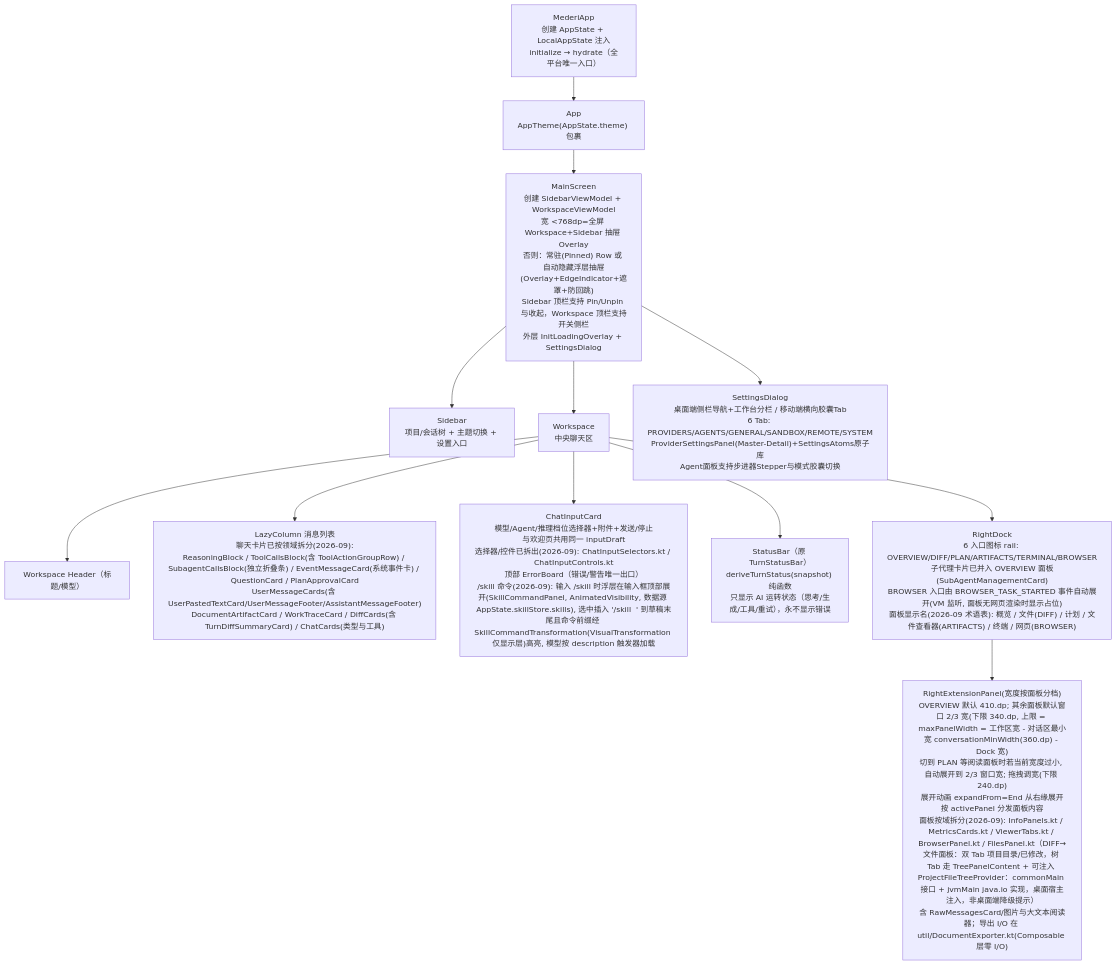
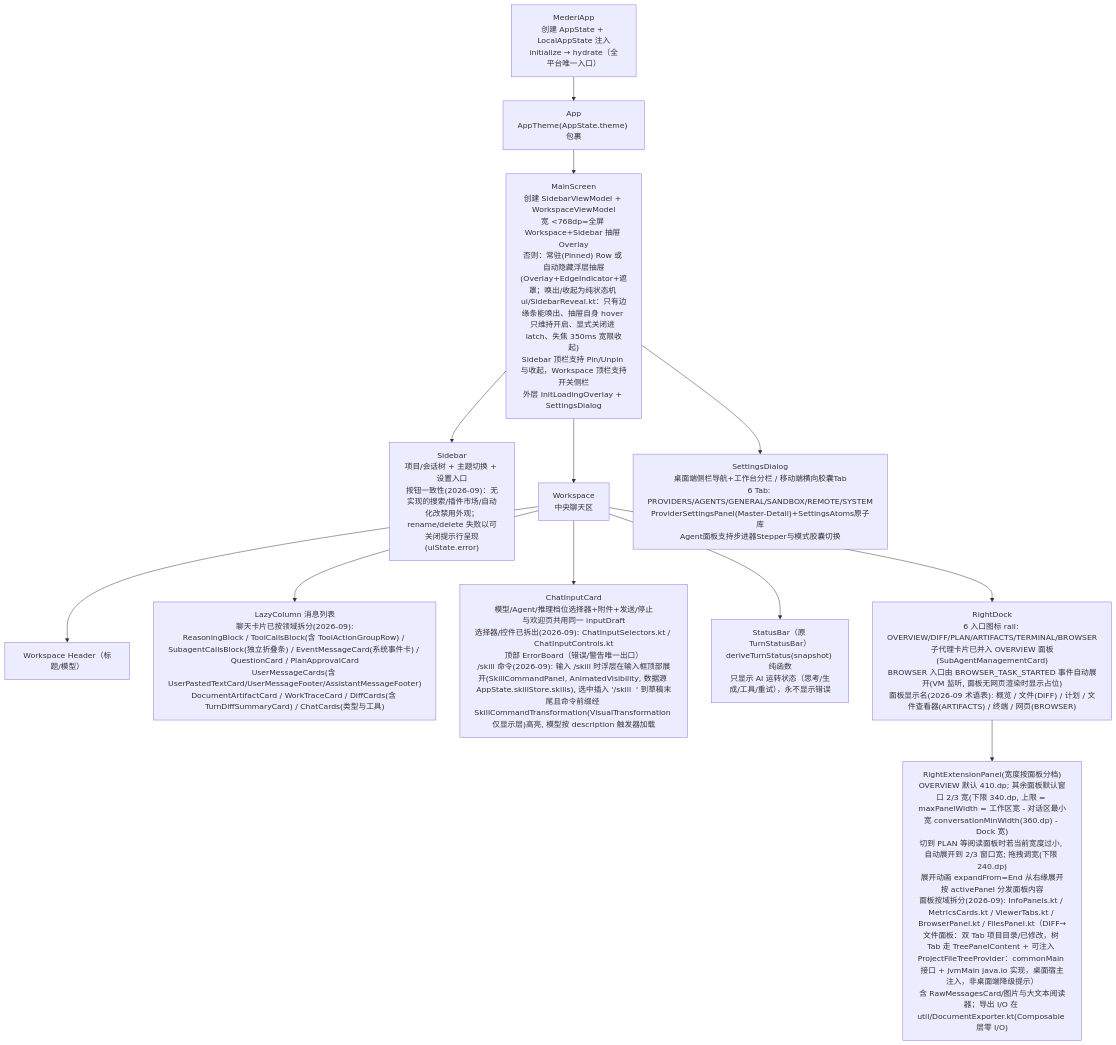
Before and after one commit to lzdev42/mederi: the third of 4 diagrams in docs/architecture/02-app-shared.md, drawn with Mermaid. The commit also changed other lines of this file and 7 other files, not shown here.

````diff
--- a/docs/architecture/02-app-shared.md
+++ b/docs/architecture/02-app-shared.md
@@ -420,24 +420,24 @@
 ```mermaid
 flowchart TD
     MA["MederiApp<br/>创建 AppState + LocalAppState 注入<br/>initialize → hydrate（全平台唯一入口）"]
     APP["App<br/>AppTheme(AppState.theme) 包裹"]
-    MS["MainScreen<br/>创建 SidebarViewModel + WorkspaceViewModel<br/>宽 <768dp=全屏 Workspace+Sidebar 抽屉 Overlay<br/>否则：常驻(Pinned) Row 或 自动隐藏浮层抽屉(Overlay+EdgeIndicator+遮罩+防回跳)<br/>Sidebar 顶栏支持 Pin/Unpin 与收起，Workspace 顶栏支持开关侧栏<br/>外层 InitLoadingOverlay + SettingsDialog"]
-    SB["Sidebar<br/>项目/会话树 + 主题切换 + 设置入口"]
+    MS["MainScreen<br/>创建 SidebarViewModel + WorkspaceViewModel<br/>宽 <768dp=全屏 Workspace+Sidebar 抽屉 Overlay<br/>否则：常驻(Pinned) Row 或 自动隐藏浮层抽屉(Overlay+EdgeIndicator+遮罩；唤出/收起为纯状态机 ui/SidebarReveal.kt：只有边缘条能唤出、抽屉自身 hover 只维持开启、显式关闭进 latch、失焦 350ms 宽限收起)<br/>Sidebar 顶栏支持 Pin/Unpin 与收起，Workspace 顶栏支持开关侧栏<br/>外层 InitLoadingOverlay + SettingsDialog"]
+    SB["Sidebar<br/>项目/会话树 + 主题切换 + 设置入口<br/>按钮一致性(2026-09)：无实现的搜索/插件市场/自动化改禁用外观；rename/delete 失败以可关闭提示行呈现(uiState.error)"]
     WS["Workspace<br/>中央聊天区"]
     HDR["Workspace Header（标题/模型）"]
     LIST["LazyColumn 消息列表<br/>聊天卡片已按领域拆分(2026-09):<br/>ReasoningBlock / ToolCallsBlock(含 ToolActionGroupRow) / SubagentCallsBlock(独立折叠条) / EventMessageCard(系统事件卡) / QuestionCard / PlanApprovalCard<br/>UserMessageCards(含 UserPastedTextCard/UserMessageFooter/AssistantMessageFooter)<br/>DocumentArtifactCard / WorkTraceCard / DiffCards(含 TurnDiffSummaryCard) / ChatCards(类型与工具)"]
     INPUT["ChatInputCard<br/>模型/Agent/推理档位选择器+附件+发送/停止<br/>与欢迎页共用同一 inputDraft<br/>选择器/控件已拆出(2026-09): ChatInputSelectors.kt / ChatInputControls.kt<br/>顶部 ErrorBoard（错误/警告唯一出口）<br/>/skill 命令(2026-09): 输入 /skill 时浮层在输入框顶部展开(SkillCommandPanel, AnimatedVisibility, 数据源 AppState.skillStore.skills), 选中插入 '/skill <name> ' 到草稿末尾且命令前缀经 SkillCommandTransformation(VisualTransformation 仅显示层)高亮, 模型按 description 触发器加载"]
     SBAR["StatusBar（原 TurnStatusBar）<br/>deriveTurnStatus(snapshot) 纯函数<br/>只显示 AI 运转状态（思考/生成/工具/重试），永不显示错误"]
     DOCK["RightDock<br/>6 入口图标 rail: OVERVIEW/DIFF/PLAN/ARTIFACTS/TERMINAL/BROWSER<br/>子代理卡片已并入 OVERVIEW 面板(SubAgentManagementCard)<br/>BROWSER 入口由 BROWSER_TASK_STARTED 事件自动展开(VM 监听, 面板无网页渲染时显示占位)<br/>面板显示名(2026-09 术语表): 概览 / 文件(DIFF) / 计划 / 文件查看器(ARTIFACTS) / 终端 / 网页(BROWSER)"]
     REP["RightExtensionPanel(宽度按面板分档)<br/>OVERVIEW 默认 410.dp; 其余面板默认窗口 2/3 宽(下限 340.dp, 上限 = maxPanelWidth = 工作区宽 - 对话区最小宽 conversationMinWidth(360.dp) - Dock 宽)<br/>切到 PLAN 等阅读面板时若当前宽度过小, 自动展开到 2/3 窗口宽; 拖拽调宽(下限 240.dp)<br/>展开动画 expandFrom=End 从右缘展开<br/>按 activePanel 分发面板内容<br/>面板按域拆分(2026-09): InfoPanels.kt / MetricsCards.kt / ViewerTabs.kt / BrowserPanel.kt / FilesPanel.kt（DIFF→文件面板：双 Tab 项目目录/已修改，树 Tab 走 TreePanelContent + 可注入 ProjectFileTreeProvider：commonMain 接口 + jvmMain java.io 实现，桌面宿主注入，非桌面端降级提示）<br/>含 RawMessagesCard/图片与大文本阅读器；导出 I/O 在 util/DocumentExporter.kt(Composable 层零 I/O)"]
     SD["SettingsDialog<br/>桌面端侧栏导航+工作台分栏 / 移动端横向胶囊Tab<br/>6 Tab: PROVIDERS/AGENTS/GENERAL/SANDBOX/REMOTE/SYSTEM<br/>ProviderSettingsPanel(Master-Detail)+SettingsAtoms原子库<br/>Agent面板支持步进器Stepper与模式胶囊切换"]
     MA --> APP --> MS
     MS --> SB
     MS --> WS
     WS --> HDR
     WS --> LIST
     WS --> INPUT
     WS --> SBAR
     WS --> DOCK --> REP
     MS --> SD
 ```
````
